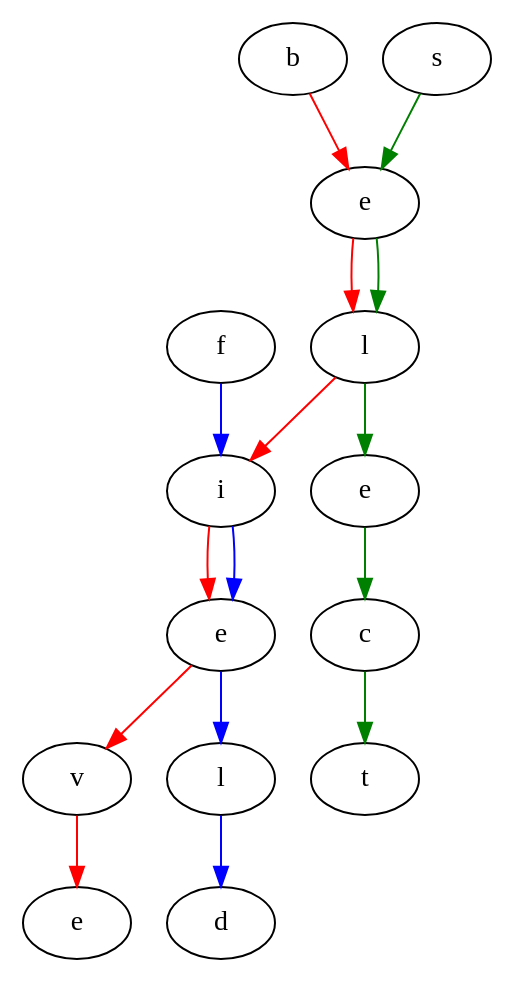
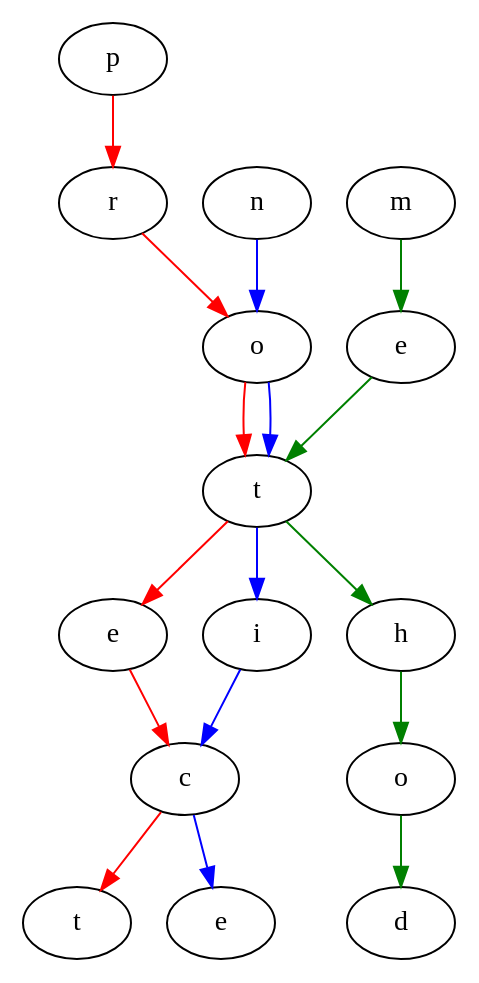
One commit to MaxMcF/SwitchWords changed the diagram in generate_boards/Digraph.gv. Above: the diagram before and after it, drawn with Graphviz. The commit also changed 13 other files, not shown here.

```diff
--- a/generate_boards/Digraph.gv
+++ b/generate_boards/Digraph.gv
@@ -1,35 +1,37 @@
 digraph {
-	"b.62b668e5-b0b8-446b-9ef4-852c764a0808" [label=b]
-	"e.ef554399-db97-423e-879a-ca86ca42368e" [label=e]
-	"l.8ee9c57b-5c4b-4c4c-803b-27a00feeaa6b" [label=l]
-	"i.7b1ad991-4a2f-4848-8293-0bb6de193ee2" [label=i]
-	"e.ed4494d5-cb4d-425b-9359-90d96b5c664f" [label=e]
-	"v.dd5e9454-5a32-4e0a-86a1-07abde60f410" [label=v]
-	"e.942f525c-a2e8-4070-b593-3405c5a24954" [label=e]
-	"b.62b668e5-b0b8-446b-9ef4-852c764a0808" -> "e.ef554399-db97-423e-879a-ca86ca42368e" [color=red]
-	"e.ef554399-db97-423e-879a-ca86ca42368e" -> "l.8ee9c57b-5c4b-4c4c-803b-27a00feeaa6b" [color=red]
-	"l.8ee9c57b-5c4b-4c4c-803b-27a00feeaa6b" -> "i.7b1ad991-4a2f-4848-8293-0bb6de193ee2" [color=red]
-	"i.7b1ad991-4a2f-4848-8293-0bb6de193ee2" -> "e.ed4494d5-cb4d-425b-9359-90d96b5c664f" [color=red]
-	"e.ed4494d5-cb4d-425b-9359-90d96b5c664f" -> "v.dd5e9454-5a32-4e0a-86a1-07abde60f410" [color=red]
-	"v.dd5e9454-5a32-4e0a-86a1-07abde60f410" -> "e.942f525c-a2e8-4070-b593-3405c5a24954" [color=red]
-	"f.37cb064d-30f9-4350-bfa7-743f29d7433c" [label=f]
-	"i.7b1ad991-4a2f-4848-8293-0bb6de193ee2" [label=i]
-	"e.ed4494d5-cb4d-425b-9359-90d96b5c664f" [label=e]
-	"l.8632a922-b79b-459f-bc04-f7f9593a1e67" [label=l]
-	"d.88d72fa1-66af-4e27-82dd-0e44b82685aa" [label=d]
-	"f.37cb064d-30f9-4350-bfa7-743f29d7433c" -> "i.7b1ad991-4a2f-4848-8293-0bb6de193ee2" [color=blue]
-	"i.7b1ad991-4a2f-4848-8293-0bb6de193ee2" -> "e.ed4494d5-cb4d-425b-9359-90d96b5c664f" [color=blue]
-	"e.ed4494d5-cb4d-425b-9359-90d96b5c664f" -> "l.8632a922-b79b-459f-bc04-f7f9593a1e67" [color=blue]
-	"l.8632a922-b79b-459f-bc04-f7f9593a1e67" -> "d.88d72fa1-66af-4e27-82dd-0e44b82685aa" [color=blue]
-	"s.b4fb2dfc-067a-4a9d-aa24-df3182b83a04" [label=s]
-	"e.ef554399-db97-423e-879a-ca86ca42368e" [label=e]
-	"l.8ee9c57b-5c4b-4c4c-803b-27a00feeaa6b" [label=l]
-	"e.9a938019-7e24-4423-82dc-b2c713fdcda3" [label=e]
-	"c.883f900e-1dcc-444b-b670-83e815b8ad16" [label=c]
-	"t.b18508b4-3436-4e9f-b1a0-332ff874191a" [label=t]
-	"s.b4fb2dfc-067a-4a9d-aa24-df3182b83a04" -> "e.ef554399-db97-423e-879a-ca86ca42368e" [color=green]
-	"e.ef554399-db97-423e-879a-ca86ca42368e" -> "l.8ee9c57b-5c4b-4c4c-803b-27a00feeaa6b" [color=green]
-	"l.8ee9c57b-5c4b-4c4c-803b-27a00feeaa6b" -> "e.9a938019-7e24-4423-82dc-b2c713fdcda3" [color=green]
-	"e.9a938019-7e24-4423-82dc-b2c713fdcda3" -> "c.883f900e-1dcc-444b-b670-83e815b8ad16" [color=green]
-	"c.883f900e-1dcc-444b-b670-83e815b8ad16" -> "t.b18508b4-3436-4e9f-b1a0-332ff874191a" [color=green]
+	"p.2babff8c-4ed1-433f-a3f4-30cfb5a6cf2c" [label=p]
+	"r.9cd3d6d8-0f0f-4d4e-a512-73d08574cb0a" [label=r]
+	"o.8ebd07e2-f591-42c8-ae9e-358195033492" [label=o]
+	"t.d70544d1-a491-4af4-a09b-9de91169c6f6" [label=t]
+	"e.2ef2ef64-fda5-4be7-8ee5-a99f3777d328" [label=e]
+	"c.ce40181d-9def-466b-a134-09330453eaca" [label=c]
+	"t.7d56e37c-c5f3-4225-b323-28c1332df83b" [label=t]
+	"p.2babff8c-4ed1-433f-a3f4-30cfb5a6cf2c" -> "r.9cd3d6d8-0f0f-4d4e-a512-73d08574cb0a" [color=red]
+	"r.9cd3d6d8-0f0f-4d4e-a512-73d08574cb0a" -> "o.8ebd07e2-f591-42c8-ae9e-358195033492" [color=red]
+	"o.8ebd07e2-f591-42c8-ae9e-358195033492" -> "t.d70544d1-a491-4af4-a09b-9de91169c6f6" [color=red]
+	"t.d70544d1-a491-4af4-a09b-9de91169c6f6" -> "e.2ef2ef64-fda5-4be7-8ee5-a99f3777d328" [color=red]
+	"e.2ef2ef64-fda5-4be7-8ee5-a99f3777d328" -> "c.ce40181d-9def-466b-a134-09330453eaca" [color=red]
+	"c.ce40181d-9def-466b-a134-09330453eaca" -> "t.7d56e37c-c5f3-4225-b323-28c1332df83b" [color=red]
+	"n.2211fafc-3cc9-481e-974f-6bb3bb7d25b0" [label=n]
+	"o.8ebd07e2-f591-42c8-ae9e-358195033492" [label=o]
+	"t.d70544d1-a491-4af4-a09b-9de91169c6f6" [label=t]
+	"i.61fe0fc1-eb14-40d5-92b8-1d4ca495c164" [label=i]
+	"c.ce40181d-9def-466b-a134-09330453eaca" [label=c]
+	"e.ef32170c-9f02-4e1e-970e-c5f604729718" [label=e]
+	"n.2211fafc-3cc9-481e-974f-6bb3bb7d25b0" -> "o.8ebd07e2-f591-42c8-ae9e-358195033492" [color=blue]
+	"o.8ebd07e2-f591-42c8-ae9e-358195033492" -> "t.d70544d1-a491-4af4-a09b-9de91169c6f6" [color=blue]
+	"t.d70544d1-a491-4af4-a09b-9de91169c6f6" -> "i.61fe0fc1-eb14-40d5-92b8-1d4ca495c164" [color=blue]
+	"i.61fe0fc1-eb14-40d5-92b8-1d4ca495c164" -> "c.ce40181d-9def-466b-a134-09330453eaca" [color=blue]
+	"c.ce40181d-9def-466b-a134-09330453eaca" -> "e.ef32170c-9f02-4e1e-970e-c5f604729718" [color=blue]
+	"m.5c91ae81-d28b-41d8-936b-9f0d684a1daa" [label=m]
+	"e.7e773b6d-84c1-4cc6-a083-cf48ce6bc115" [label=e]
+	"t.d70544d1-a491-4af4-a09b-9de91169c6f6" [label=t]
+	"h.002b2f50-fbcf-4d30-8c79-da7e23e59215" [label=h]
+	"o.4f9584f7-89ea-402f-883e-7b2133478239" [label=o]
+	"d.f43bffc4-27dd-47c7-8297-bc47d1b95ae2" [label=d]
+	"m.5c91ae81-d28b-41d8-936b-9f0d684a1daa" -> "e.7e773b6d-84c1-4cc6-a083-cf48ce6bc115" [color=green]
+	"e.7e773b6d-84c1-4cc6-a083-cf48ce6bc115" -> "t.d70544d1-a491-4af4-a09b-9de91169c6f6" [color=green]
+	"t.d70544d1-a491-4af4-a09b-9de91169c6f6" -> "h.002b2f50-fbcf-4d30-8c79-da7e23e59215" [color=green]
+	"h.002b2f50-fbcf-4d30-8c79-da7e23e59215" -> "o.4f9584f7-89ea-402f-883e-7b2133478239" [color=green]
+	"o.4f9584f7-89ea-402f-883e-7b2133478239" -> "d.f43bffc4-27dd-47c7-8297-bc47d1b95ae2" [color=green]
 }
```
